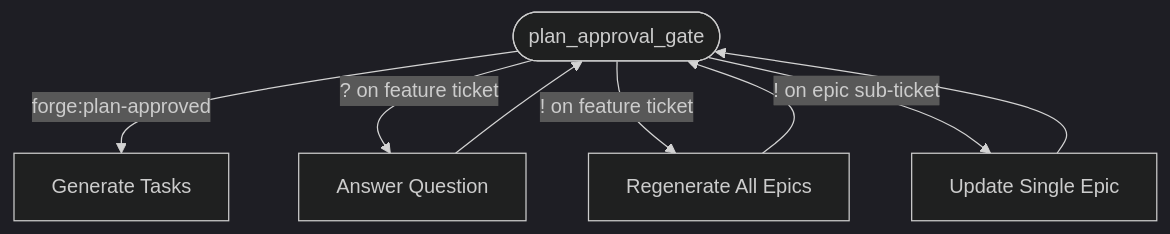
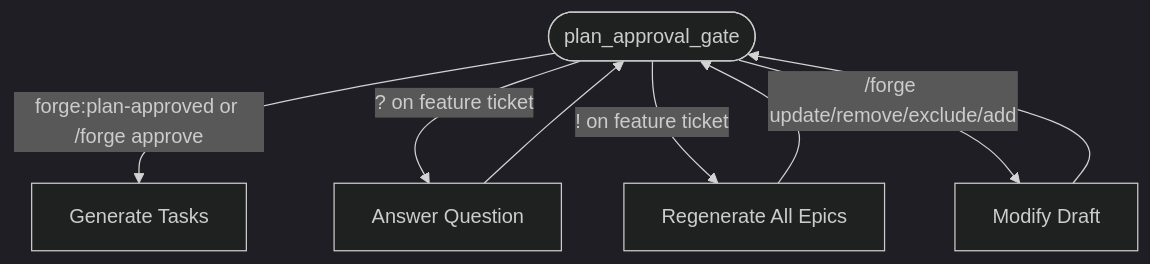
Before and after one commit to ekuris-redhat/forge: the second of 3 diagrams in docs/guide/feature-workflow.md, drawn with Mermaid (dark theme). The commit also changed other lines of this file and 3 other files, not shown here.

First line of the commit message:
[AISOS-2294-docs] Update stale documentation for draft-based planning review flow

````diff
--- a/docs/guide/feature-workflow.md
+++ b/docs/guide/feature-workflow.md
@@ -72,11 +79,11 @@
 ```mermaid
 flowchart TD
     Gate([plan_approval_gate])
-    Gate -->|forge:plan-approved| Next[Generate Tasks]
+    Gate -->|forge:plan-approved or /forge approve| Next[Generate Tasks]
     Gate -->|"? on feature ticket"| QA[Answer Question]
     Gate -->|"! on feature ticket"| Regen[Regenerate All Epics]
-    Gate -->|"! on epic sub-ticket"| Update[Update Single Epic]
+    Gate -->|"/forge update/remove/exclude/add"| Update[Modify Draft]
     QA --> Gate
     Regen --> Gate
     Update --> Gate
 ```
````
